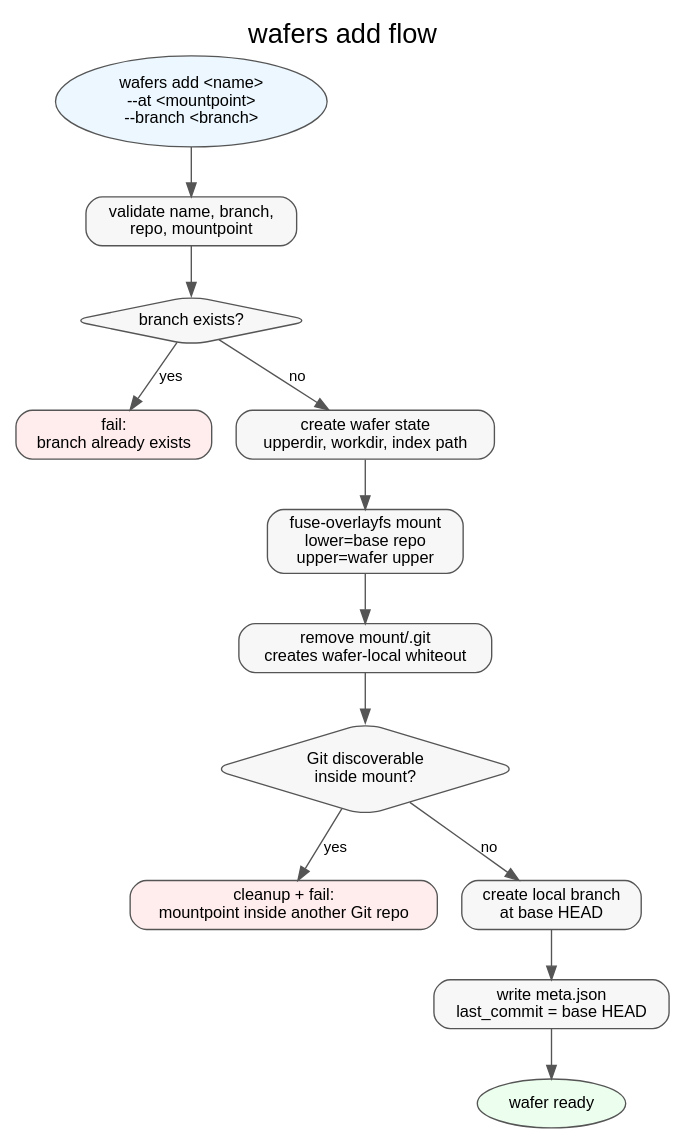
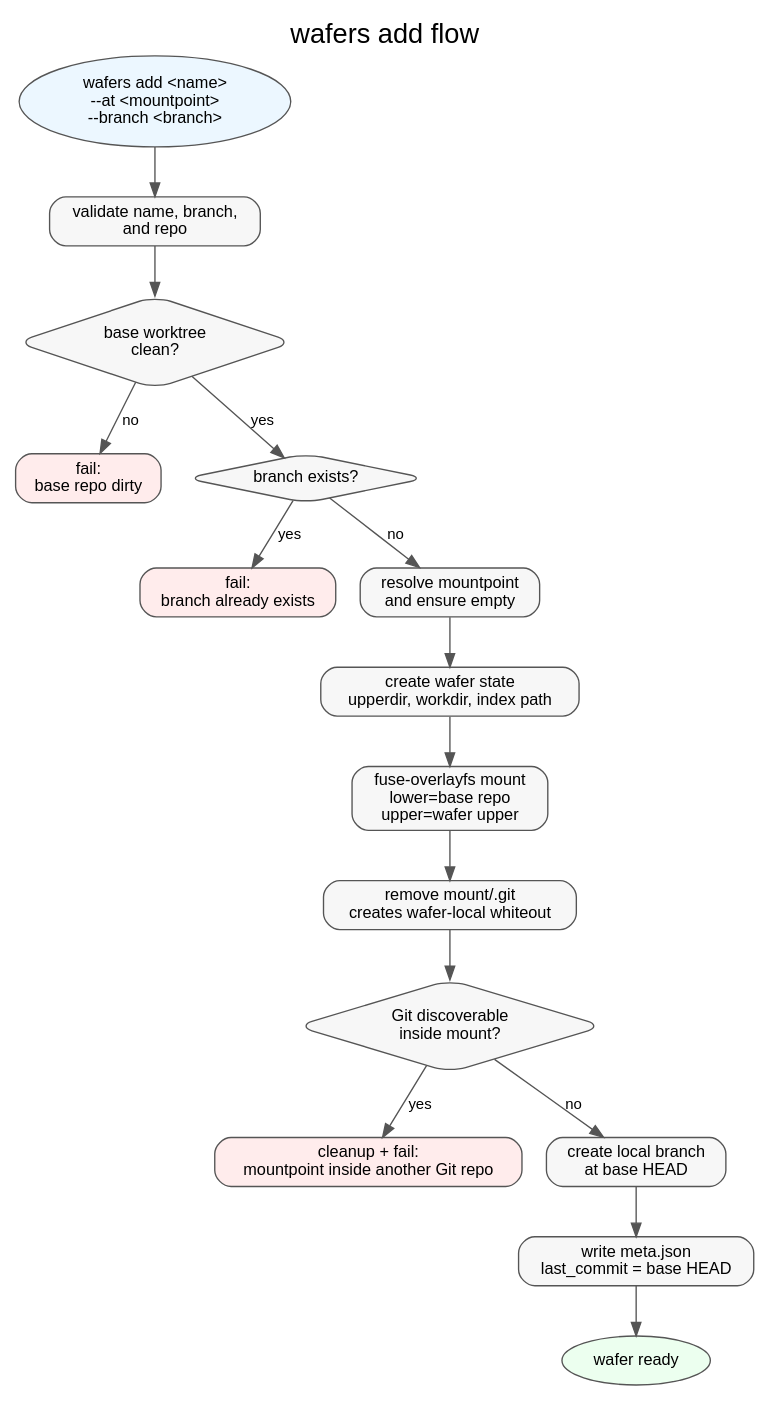
Before and after one commit to satmihir/wafers: the diagram in docs/assets/add-flow.dot, drawn with Graphviz. The commit also changed 9 other files, not shown here.

Commit message:
Require clean base worktree for wafers add

```diff
--- a/docs/assets/add-flow.dot
+++ b/docs/assets/add-flow.dot
@@ -1,45 +1,51 @@
 digraph wafers_add_flow {
   graph [
     rankdir=TB,
     labelloc=t,
     label="wafers add flow",
     fontname="Helvetica",
     fontsize=20
   ];
 
   node [
     shape=box,
     style="rounded,filled",
     fontname="Helvetica",
     fontsize=12,
     fillcolor="#f7f7f7",
     color="#555555"
   ];
 
   edge [
     fontname="Helvetica",
     fontsize=11,
     color="#555555"
   ];
 
   start [shape=oval, label="wafers add <name>\n--at <mountpoint>\n--branch <branch>", fillcolor="#ecf7ff"];
-  validate [label="validate name, branch,\nrepo, mountpoint"];
+  validate [label="validate name, branch,\nand repo"];
+  clean_check [shape=diamond, label="base worktree\nclean?"];
+  fail_dirty [label="fail:\nbase repo dirty", fillcolor="#ffecec"];
   branch_check [shape=diamond, label="branch exists?"];
   fail_branch [label="fail:\nbranch already exists", fillcolor="#ffecec"];
+  mountpoint_check [label="resolve mountpoint\nand ensure empty"];
   create_state [label="create wafer state\nupperdir, workdir, index path"];
   mount [label="fuse-overlayfs mount\nlower=base repo\nupper=wafer upper"];
   hide_git [label="remove mount/.git\ncreates wafer-local whiteout"];
   git_check [shape=diamond, label="Git discoverable\ninside mount?"];
   fail_git [label="cleanup + fail:\nmountpoint inside another Git repo", fillcolor="#ffecec"];
   create_branch [label="create local branch\nat base HEAD"];
   save_meta [label="write meta.json\nlast_commit = base HEAD"];
   done [shape=oval, label="wafer ready", fillcolor="#ecffef"];
 
-  start -> validate -> branch_check;
+  start -> validate -> clean_check;
+  clean_check -> fail_dirty [label="no"];
+  clean_check -> branch_check [label="yes"];
   branch_check -> fail_branch [label="yes"];
-  branch_check -> create_state [label="no"];
+  branch_check -> mountpoint_check [label="no"];
+  mountpoint_check -> create_state;
   create_state -> mount -> hide_git -> git_check;
   git_check -> fail_git [label="yes"];
   git_check -> create_branch [label="no"];
   create_branch -> save_meta -> done;
 }
```
